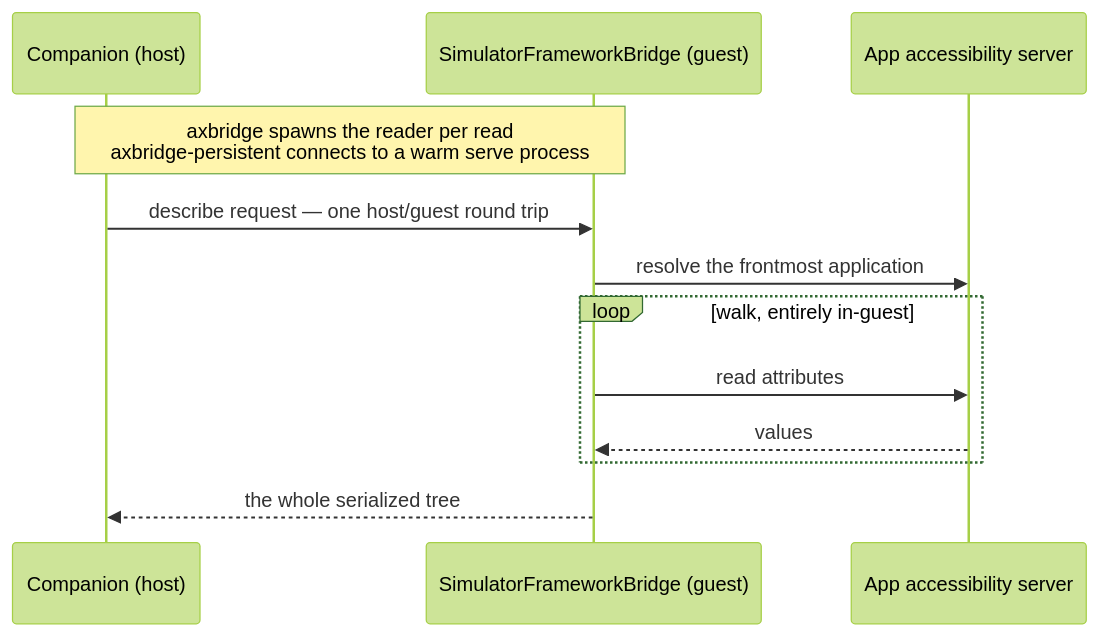
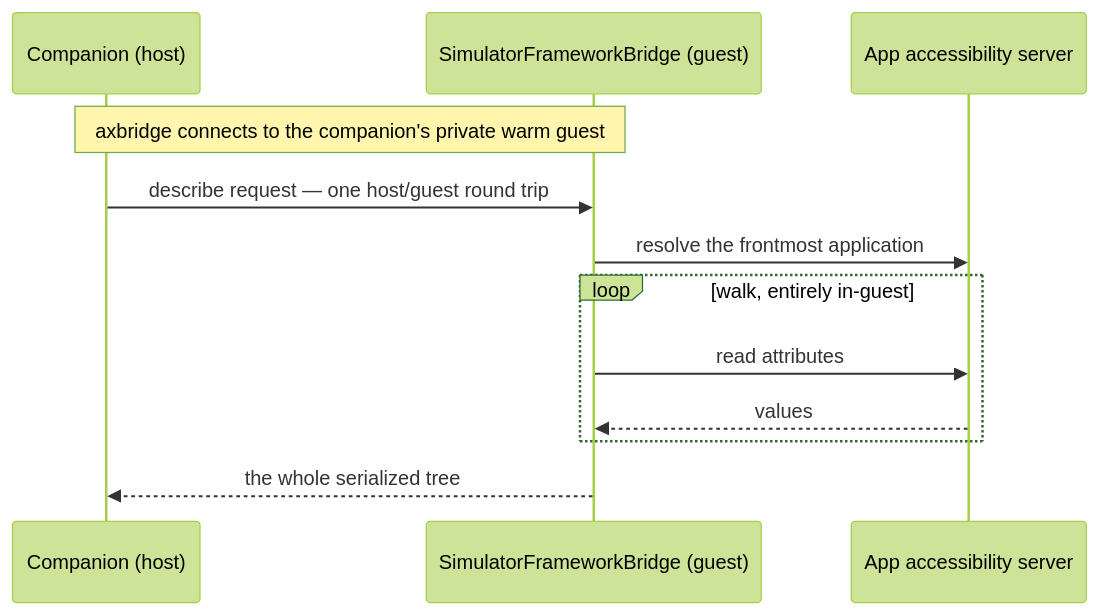
The third of 3 diagrams in website/docs/idb/accessibility.mdx (facebook/idb), drawn with Mermaid (forest theme) before and after one commit. The commit also changed other lines of this file and 14 other files, not shown here.

````diff
--- a/website/docs/idb/accessibility.mdx
+++ b/website/docs/idb/accessibility.mdx
@@ -100,14 +90,14 @@
 ```mermaid
 sequenceDiagram
     participant H as Companion (host)
     participant G as SimulatorFrameworkBridge (guest)
     participant A as App accessibility server
-    Note over H,G: axbridge spawns the reader per read<br/>axbridge-persistent connects to a warm serve process
+    Note over H,G: axbridge connects to the companion's private warm guest
     H->>G: describe request — one host/guest round trip
     G->>A: resolve the frontmost application
     loop walk, entirely in-guest
         G->>A: read attributes
         A-->>G: values
     end
     G-->>H: the whole serialized tree
 ```
````
